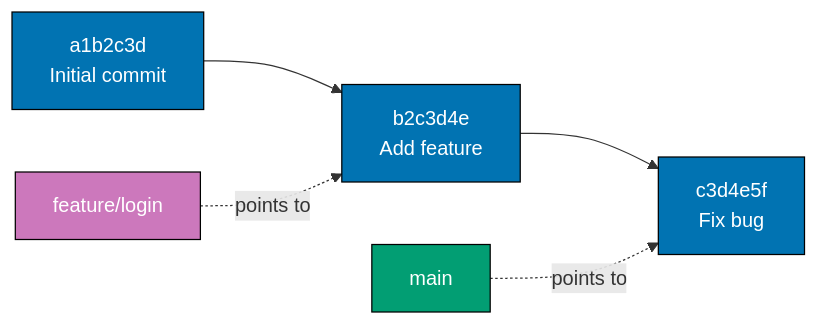
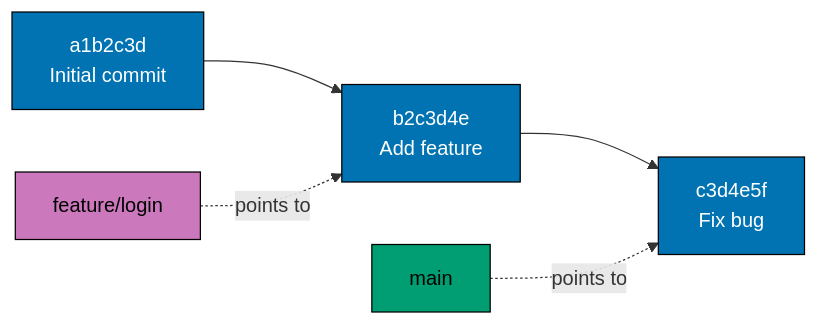
One commit to wahidyankf/ose-public changed the third of 6 diagrams in apps/ayokoding-www/content/en/learn/legacy/software-engineering/automation-tools/git/by-example/beginner.md. Above: the diagram before and after it, drawn with Mermaid. The commit also changed other lines of this file and 131 other files, not shown here.

First line of the commit message:
fix(mermaid): bring the legacy data, infrastructure, and testing diagrams onto the accessible palette

````diff
--- a/apps/ayokoding-www/content/en/learn/legacy/software-engineering/automation-tools/git/by-example/beginner.md
+++ b/apps/ayokoding-www/content/en/learn/legacy/software-engineering/automation-tools/git/by-example/beginner.md
@@ -530,14 +543,20 @@
 ```mermaid
 graph LR
+    accTitle: Example 13: Create and List Branches
+    accDescr: Graph with 5 nodes and 4 connections. Nodes: a1b2c3d Initial commit, b2c3d4e Add feature, c3d4e5f Fix bug, main, feature/login. Connections: a1b2c3d Initial commit to b2c3d4e Add feature, b2c3d4e Add feature to c3d4e5f Fix bug, main to c3d4e5f Fix bug (points to), feature/login to b2c3d4e Add feature (points to).
     A["a1b2c3d<br/>Initial commit"] --> B["b2c3d4e<br/>Add feature"]
     B --> C["c3d4e5f<br/>Fix bug"]
 
     D["main"] -.->|points to| C
     E["feature/login"] -.->|points to| B
 
-    style A fill:#0173B2,stroke:#000,color:#fff
-    style B fill:#0173B2,stroke:#000,color:#fff
-    style C fill:#0173B2,stroke:#000,color:#fff
-    style D fill:#029E73,stroke:#000,color:#fff
-    style E fill:#CC78BC,stroke:#000,color:#fff
+    classDef pal-0173B2 fill:#0173B2,stroke:#000000,color:#FFFFFF
+    class A pal-0173B2
+    class B pal-0173B2
+    class C pal-0173B2
+    classDef pal-029E73 fill:#029E73,stroke:#000000,color:#000000
+    class D pal-029E73
+    classDef pal-CC78BC fill:#CC78BC,stroke:#000000,color:#000000
+    class E pal-CC78BC
+    classDef default fill:#FFFFFF,stroke:#000000,color:#000000
 ```
````
